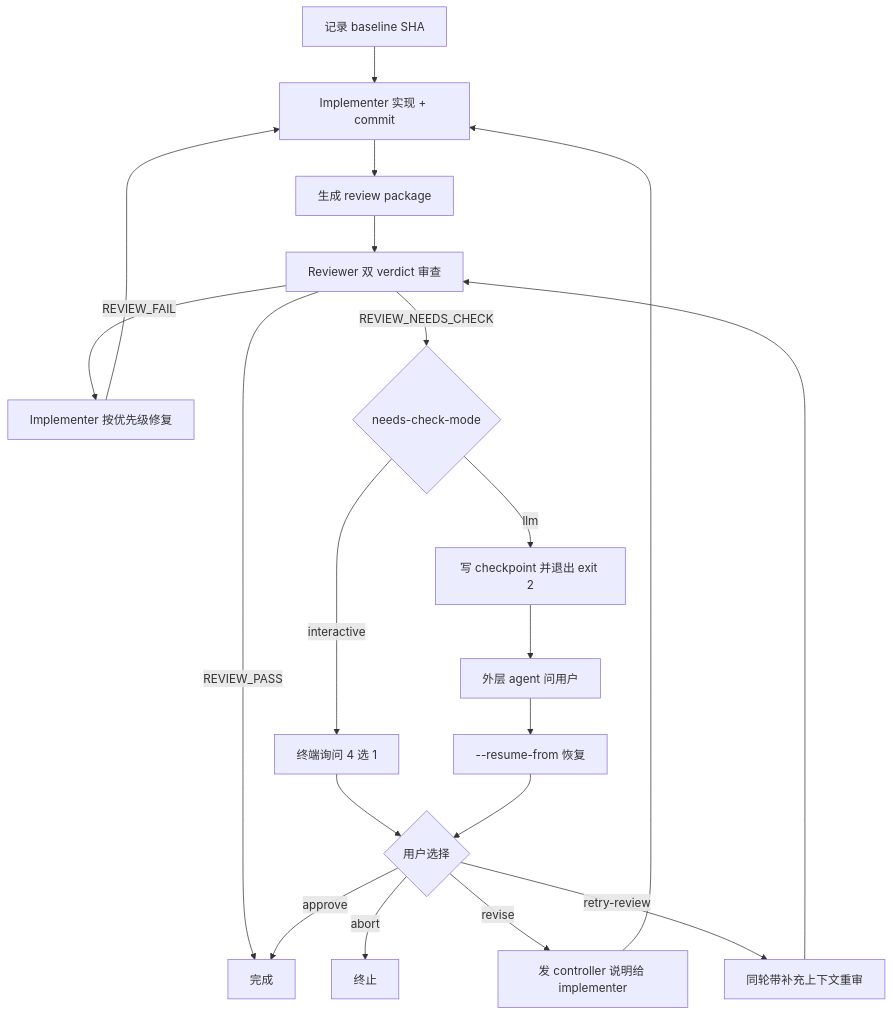
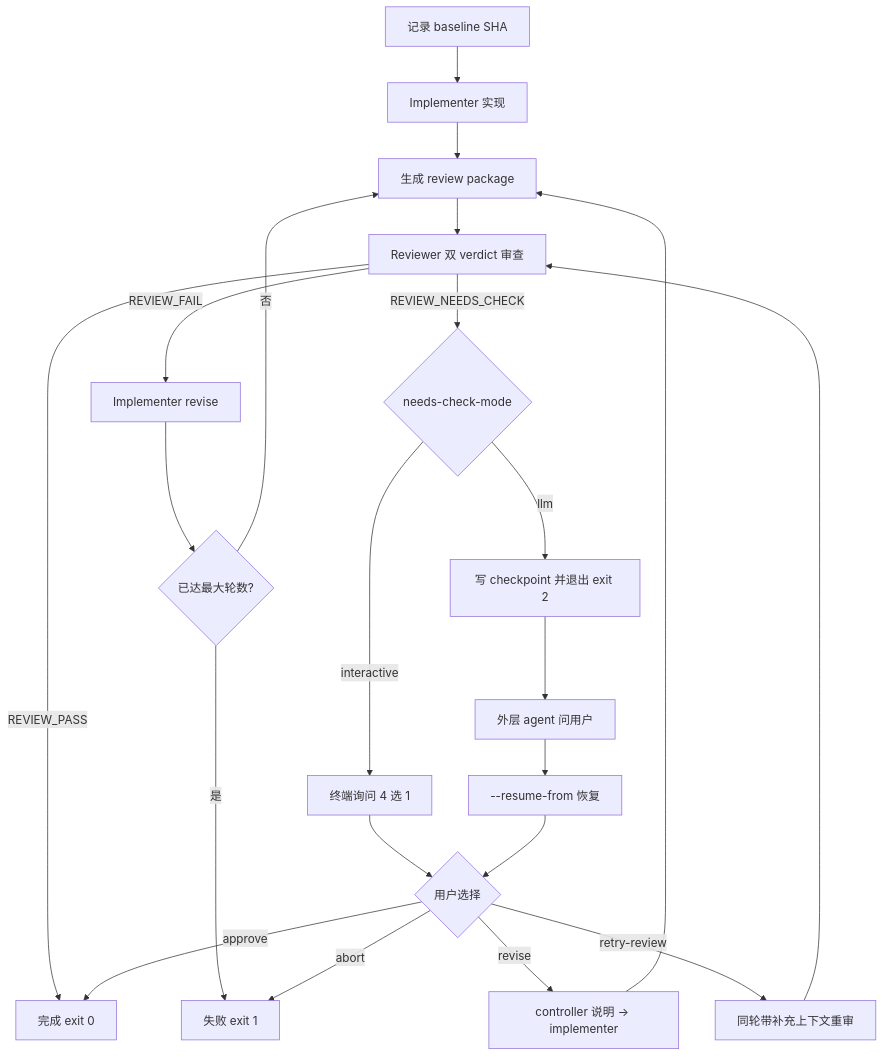
The diagram in README.md (lunoob/mini-orchestrator), drawn with Mermaid before and after one commit. The commit also changed other lines of this file and 2 other files, not shown here.

````diff
--- a/README.md
+++ b/README.md
@@ -50,22 +58,24 @@
 ```mermaid
 flowchart TD
-    A[记录 baseline SHA] --> B[Implementer 实现 + commit]
+    A[记录 baseline SHA] --> B[Implementer 实现]
     B --> C[生成 review package]
     C --> D[Reviewer 双 verdict 审查]
-    D -->|REVIEW_PASS| E[完成]
-    D -->|REVIEW_FAIL| F[Implementer 按优先级修复]
-    F --> B
-    D -->|REVIEW_NEEDS_CHECK| G{needs-check-mode}
-    G -->|interactive| H[终端询问 4 选 1]
-    G -->|llm| I[写 checkpoint 并退出 exit 2]
-    I --> J[外层 agent 问用户]
-    J --> K[--resume-from 恢复]
-    H --> L{用户选择}
-    K --> L
-    L -->|approve| E
-    L -->|abort| M[终止]
-    L -->|revise| N[发 controller 说明给 implementer]
-    L -->|retry-review| O[同轮带补充上下文重审]
-    N --> B
-    O --> D
+    D -->|REVIEW_PASS| E[完成 exit 0]
+    D -->|REVIEW_FAIL| F[Implementer revise]
+    F --> G{已达最大轮数?}
+    G -->|否| C
+    G -->|是| H[失败 exit 1]
+    D -->|REVIEW_NEEDS_CHECK| I{needs-check-mode}
+    I -->|interactive| J[终端询问 4 选 1]
+    I -->|llm| K[写 checkpoint 并退出 exit 2]
+    K --> L[外层 agent 问用户]
+    L --> M[--resume-from 恢复]
+    J --> N{用户选择}
+    M --> N
+    N -->|approve| E
+    N -->|abort| H
+    N -->|revise| O[controller 说明 → implementer]
+    N -->|retry-review| P[同轮带补充上下文重审]
+    O --> C
+    P --> D
 ```
````
